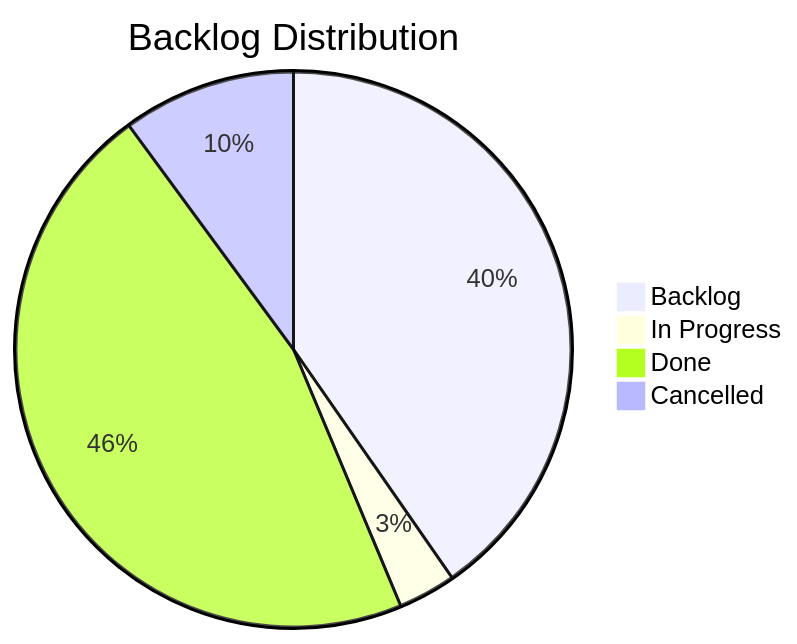
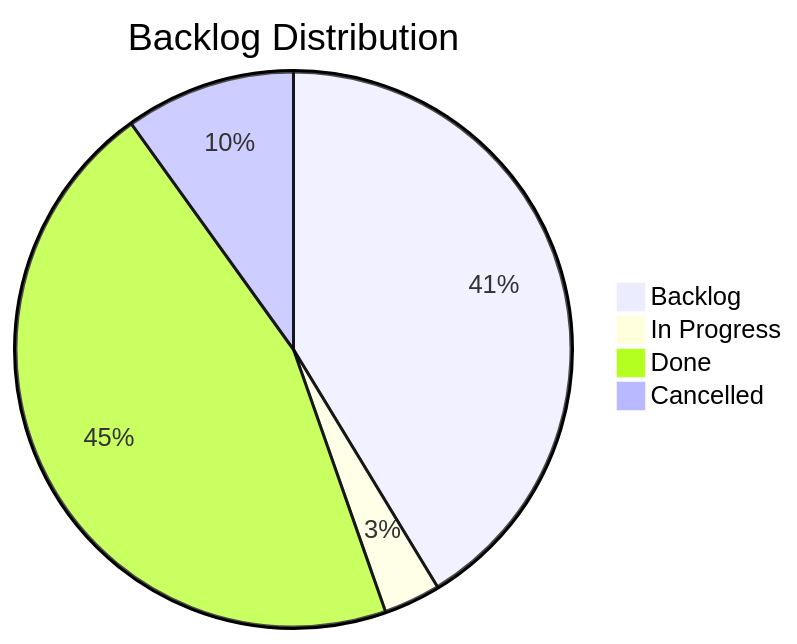
The diagram in docs/board.md (TheCodeCreature/Hytale-Example-Plugin), drawn with Mermaid before and after one commit. The commit also changed other lines of this file and 40 other files, not shown here.

````diff
--- a/docs/board.md
+++ b/docs/board.md
@@ -7,7 +7,7 @@
 ```mermaid
 pie title Backlog Distribution
-    "Backlog" : 48
+    "Backlog" : 50
     "In Progress" : 4
     "Done" : 55
     "Cancelled" : 12
 ```
````
